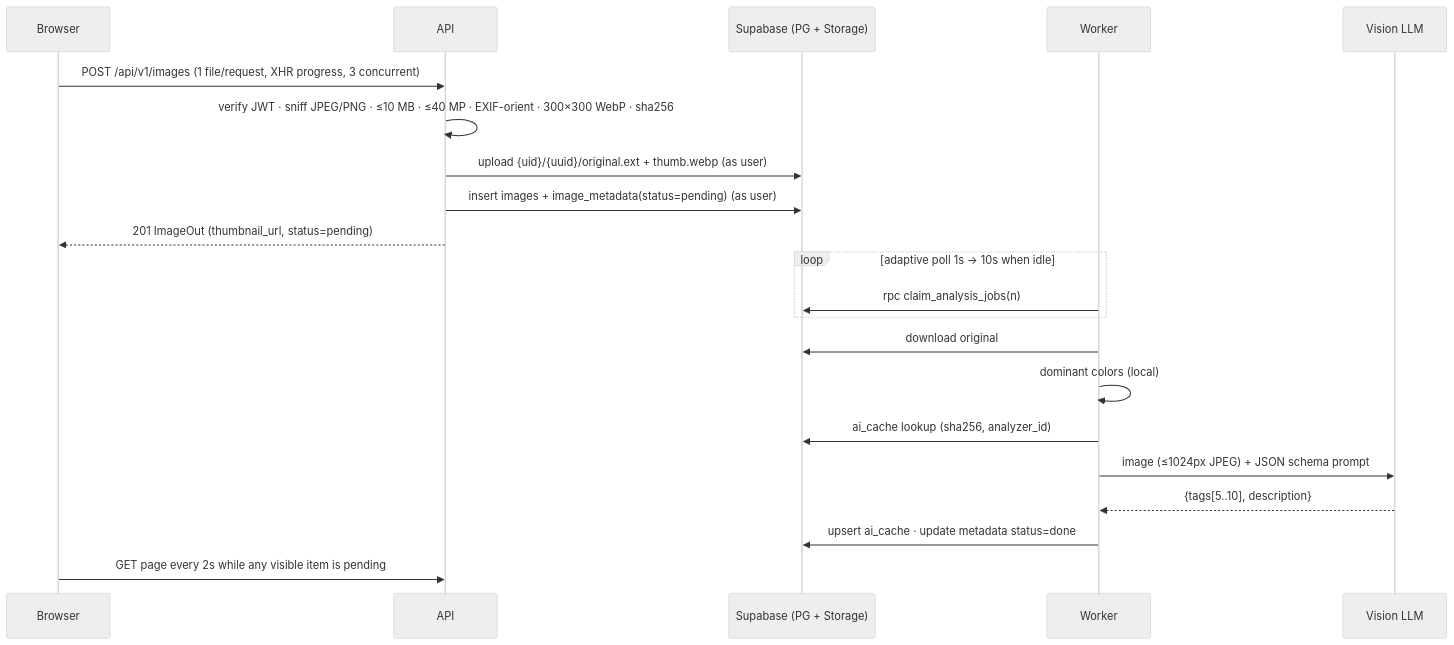
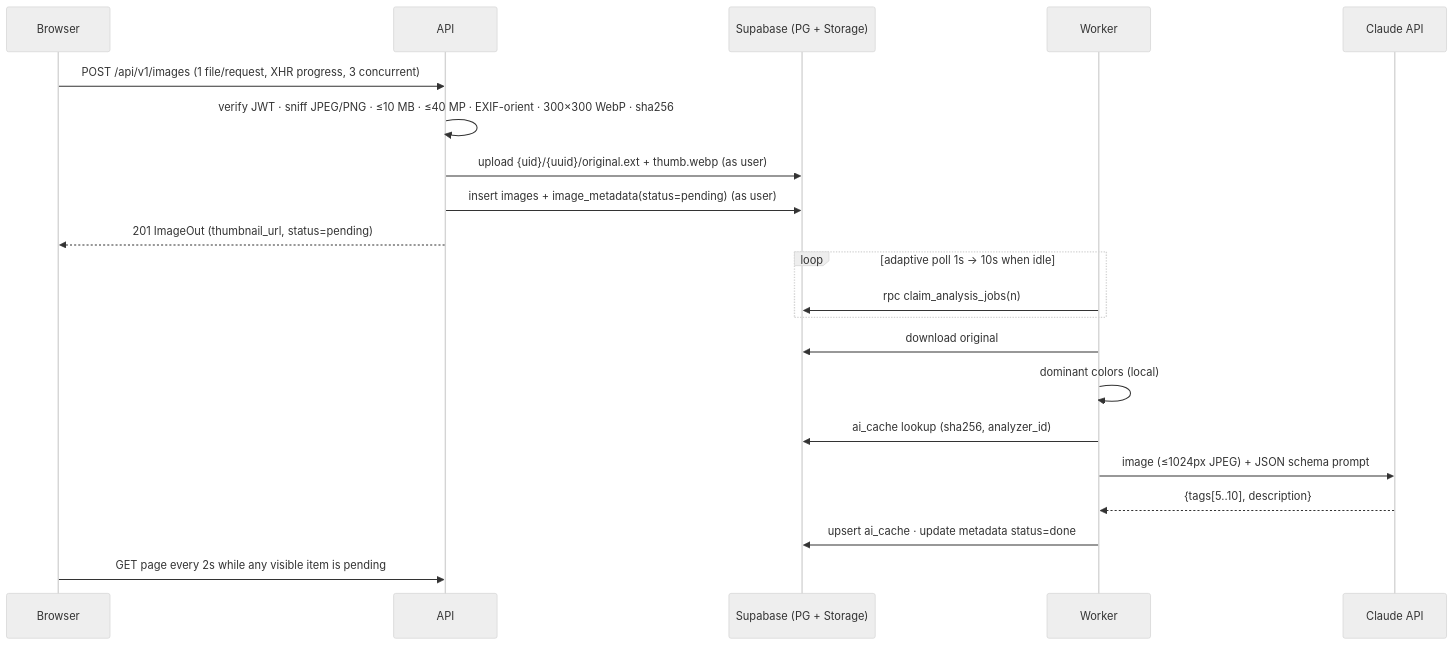
The second of 2 diagrams in docs/architecture.md (MHHukiewitz/ai-image-gallery), drawn with Mermaid (neutral theme) before and after one commit. The commit also changed other lines of this file and 2 other files, not shown here.

First line of the commit message:
docs: make Claude via the Anthropic API the production AI path

````diff
--- a/docs/architecture.md
+++ b/docs/architecture.md
@@ -75,23 +75,23 @@
 ```mermaid
 sequenceDiagram
   participant B as Browser
   participant A as API
   participant S as Supabase (PG + Storage)
   participant W as Worker
-  participant L as Vision LLM
+  participant L as Claude API
   B->>A: POST /api/v1/images (1 file/request, XHR progress, 3 concurrent)
   A->>A: verify JWT · sniff JPEG/PNG · ≤10 MB · ≤40 MP · EXIF-orient · 300×300 WebP · sha256
   A->>S: upload {uid}/{uuid}/original.ext + thumb.webp (as user)
   A->>S: insert images + image_metadata(status=pending) (as user)
   A-->>B: 201 ImageOut (thumbnail_url, status=pending)
   loop adaptive poll 1s → 10s when idle
     W->>S: rpc claim_analysis_jobs(n)
   end
   W->>S: download original
   W->>W: dominant colors (local)
   W->>S: ai_cache lookup (sha256, analyzer_id)
   W->>L: image (≤1024px JPEG) + JSON schema prompt
   L-->>W: {tags[5..10], description}
   W->>S: upsert ai_cache · update metadata status=done
   B->>A: GET page every 2s while any visible item is pending
 ```
````
